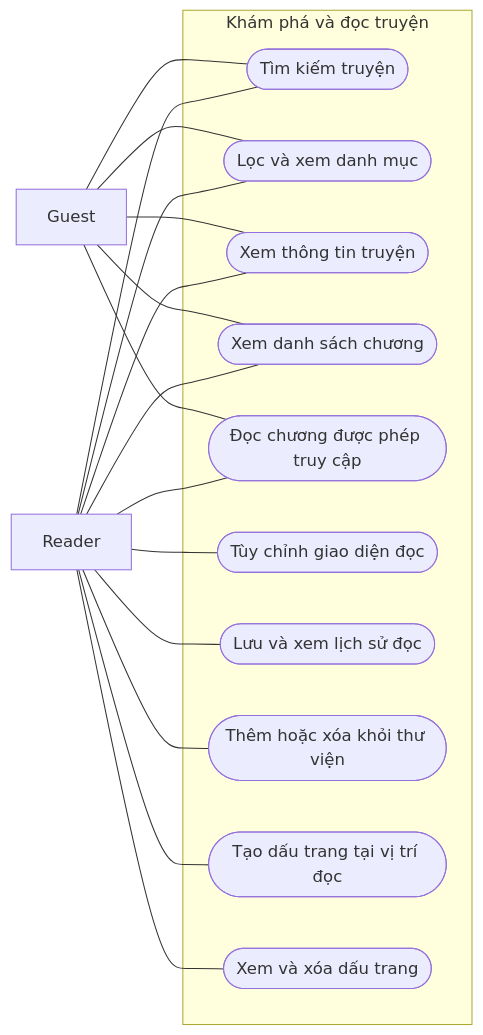
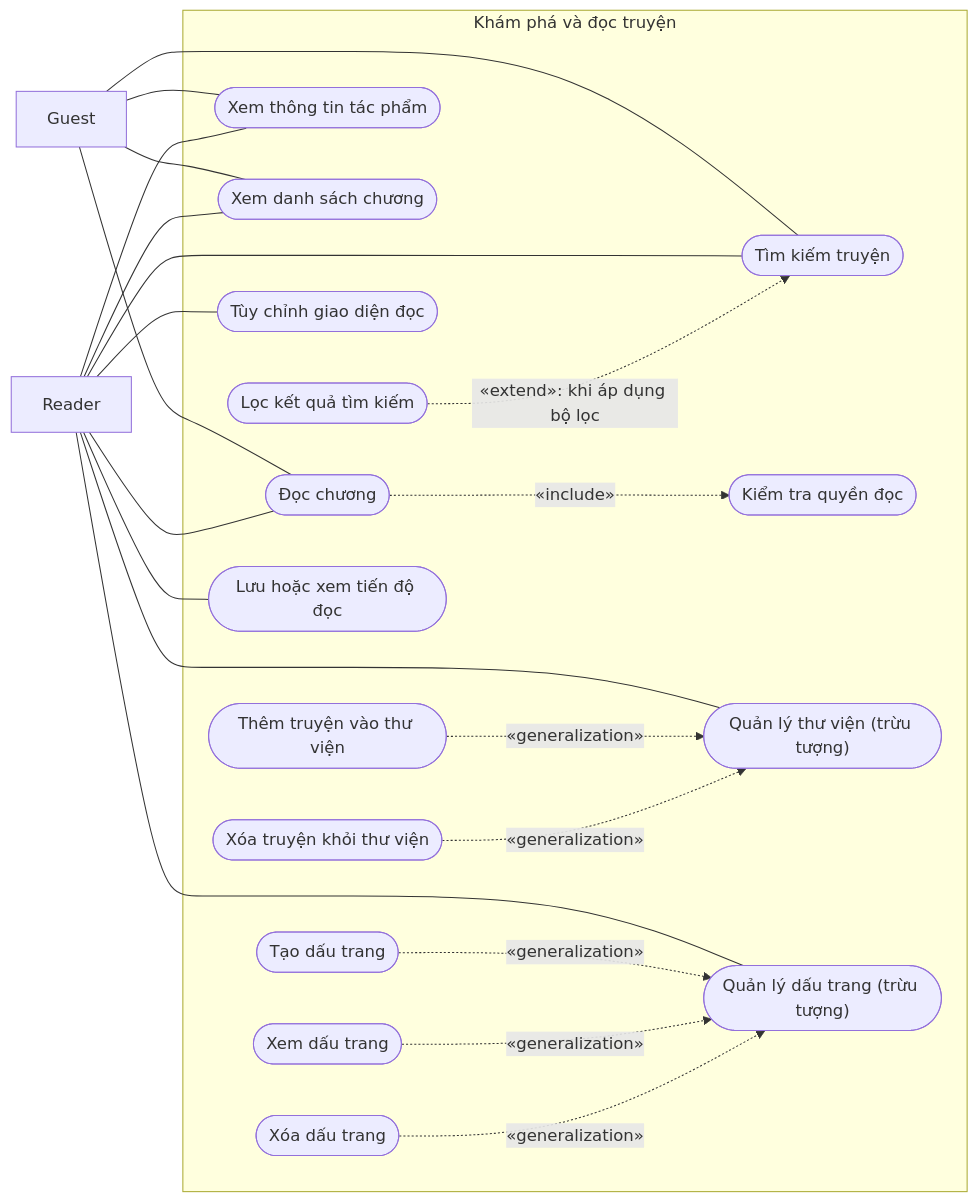
Before and after one commit to Ephurin/Novel_sharing_platform: the first of 3 diagrams in docs/chuong-3-so-do/01a-usecase-doc-gia.md, drawn with Mermaid. The commit also changed other lines of this file, not shown here.

Commit message:
docs: correct use case hierarchy and UML relationships

````diff
--- a/docs/chuong-3-so-do/01a-usecase-doc-gia.md
+++ b/docs/chuong-3-so-do/01a-usecase-doc-gia.md
@@ -7,32 +7,41 @@
 ```mermaid
 flowchart LR
     G["Guest"]
     R["Reader"]
     subgraph SYS["Khám phá và đọc truyện"]
         U1(["Tìm kiếm truyện"])
-        U2(["Lọc và xem danh mục"])
-        U3(["Xem thông tin truyện"])
+        U2(["Lọc kết quả tìm kiếm"])
+        U3(["Xem thông tin tác phẩm"])
         U4(["Xem danh sách chương"])
-        U5(["Đọc chương được phép truy cập"])
-        U6(["Tùy chỉnh giao diện đọc"])
-        U7(["Lưu và xem lịch sử đọc"])
-        U8(["Thêm hoặc xóa khỏi thư viện"])
-        U9(["Tạo dấu trang tại vị trí đọc"])
-        U10(["Xem và xóa dấu trang"])
+        U5(["Đọc chương"])
+        U6(["Kiểm tra quyền đọc"])
+        U7(["Tùy chỉnh giao diện đọc"])
+        U8(["Quản lý thư viện (trừu tượng)"])
+        U9(["Thêm truyện vào thư viện"])
+        U10(["Xóa truyện khỏi thư viện"])
+        U11(["Lưu hoặc xem tiến độ đọc"])
+        U12(["Quản lý dấu trang (trừu tượng)"])
+        U13(["Tạo dấu trang"])
+        U14(["Xem dấu trang"])
+        U15(["Xóa dấu trang"])
     end
     G --- U1
     R --- U1
-    G --- U2
-    R --- U2
     G --- U3
     R --- U3
     G --- U4
     R --- U4
     G --- U5
     R --- U5
-    R --- U6
     R --- U7
     R --- U8
-    R --- U9
-    R --- U10
+    R --- U11
+    R --- U12
+    U2 -.->|"«extend»: khi áp dụng bộ lọc"| U1
+    U5 -.->|"«include»"| U6
+    U9 -.->|"«generalization»"| U8
+    U10 -.->|"«generalization»"| U8
+    U13 -.->|"«generalization»"| U12
+    U14 -.->|"«generalization»"| U12
+    U15 -.->|"«generalization»"| U12
 ```
````
